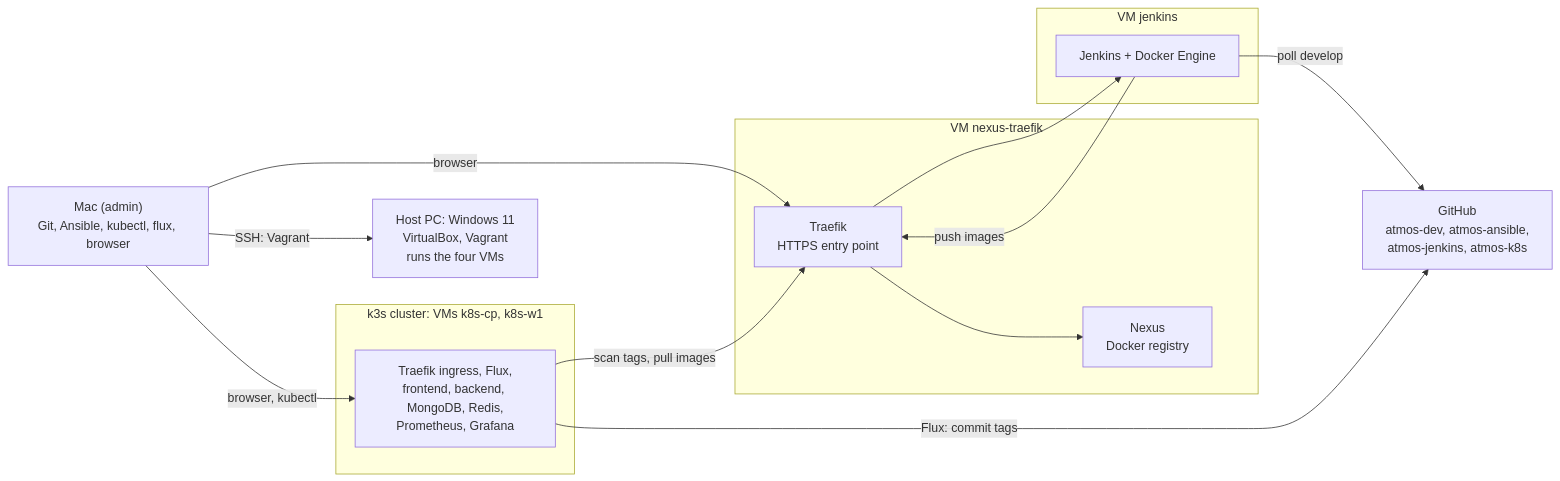
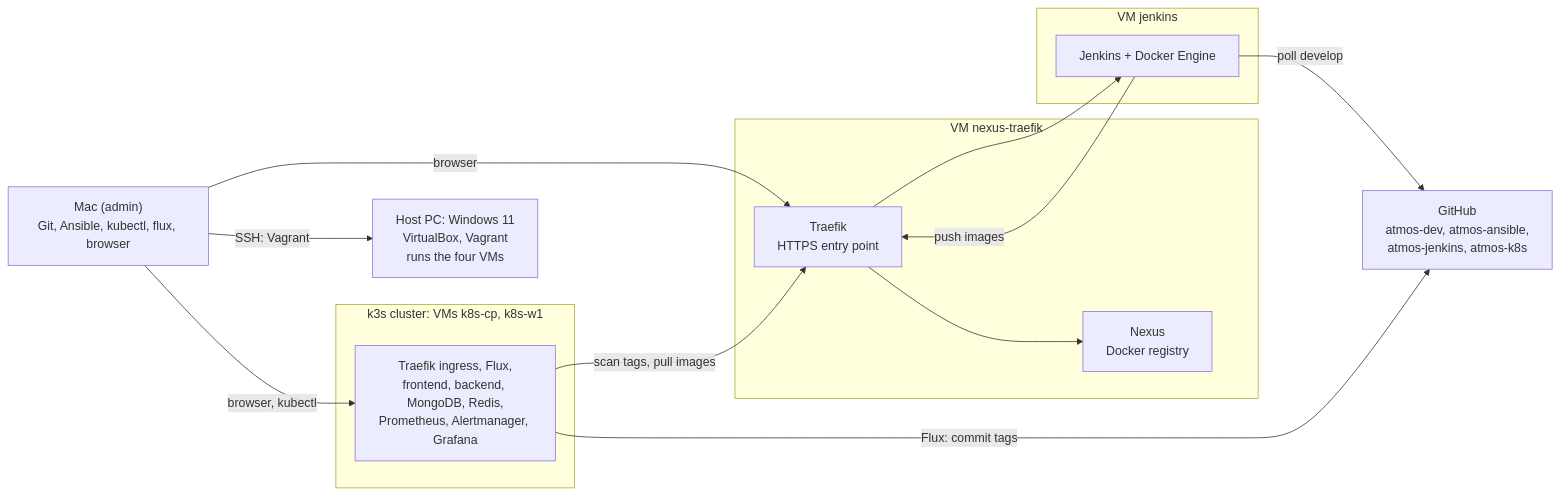
Before and after one commit to Kernel-Club/atmos-dev: the first of 2 diagrams in docs/on-premise/architecture.md, drawn with Mermaid. The commit also changed other lines of this file and 1 other file, not shown here.

````diff
--- a/docs/on-premise/architecture.md
+++ b/docs/on-premise/architecture.md
@@ -15,26 +15,26 @@
 ```mermaid
 flowchart LR
     admin["Mac (admin)<br/>Git, Ansible, kubectl, flux, browser"]
     pc["Host PC: Windows 11<br/>VirtualBox, Vagrant<br/>runs the four VMs"]
     github["GitHub<br/>atmos-dev, atmos-ansible,<br/>atmos-jenkins, atmos-k8s"]
     subgraph nt["VM nexus-traefik"]
         traefik["Traefik<br/>HTTPS entry point"]
         nexus["Nexus<br/>Docker registry"]
     end
     subgraph jv["VM jenkins"]
         jenkins["Jenkins + Docker Engine"]
     end
     subgraph k3s["k3s cluster: VMs k8s-cp, k8s-w1"]
-        pods["Traefik ingress, Flux,<br/>frontend, backend, MongoDB, Redis,<br/>Prometheus, Grafana"]
+        pods["Traefik ingress, Flux,<br/>frontend, backend, MongoDB, Redis,<br/>Prometheus, Alertmanager, Grafana"]
     end
 
     admin -- "SSH: Vagrant" --> pc
     admin -- "browser, kubectl" --> pods
     admin -- "browser" --> traefik
     traefik --> nexus
     traefik --> jenkins
     jenkins -- "poll develop" --> github
     jenkins -- "push images" --> traefik
     pods -- "Flux: commit tags" --> github
     pods -- "scan tags, pull images" --> traefik
 ```
````
